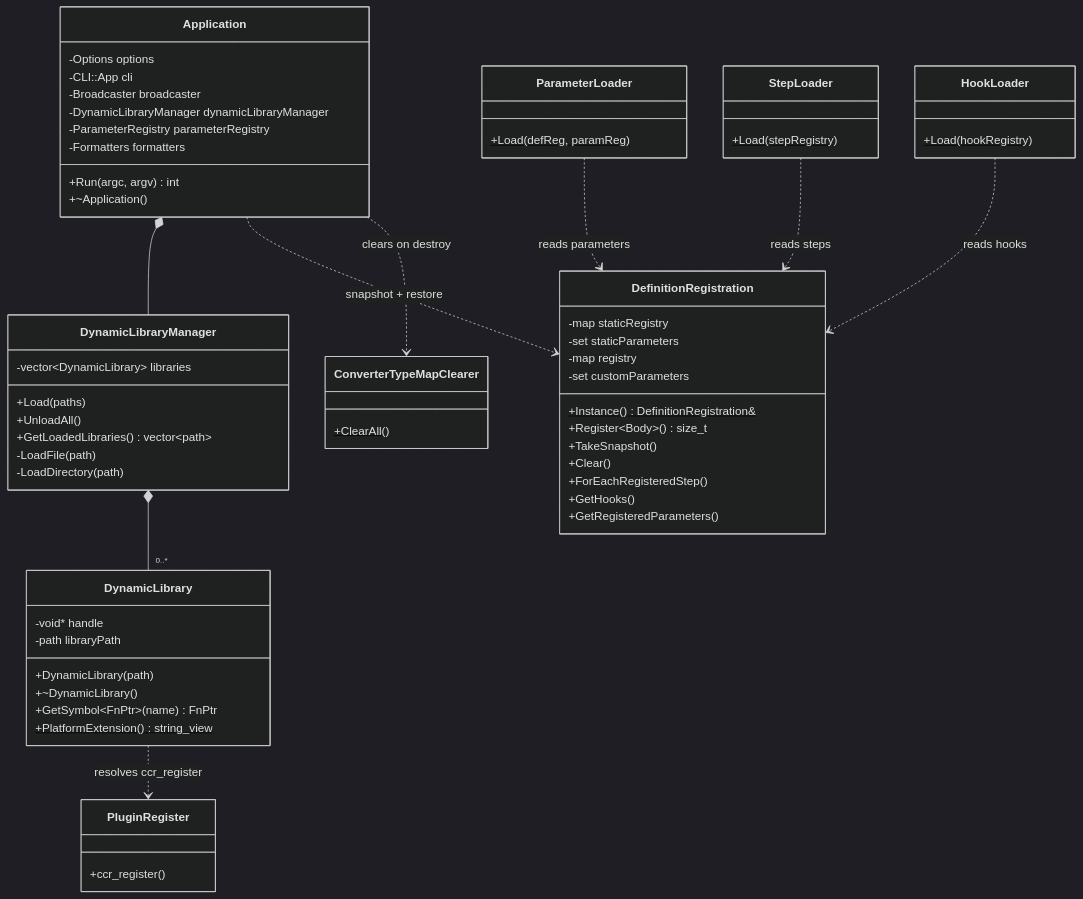
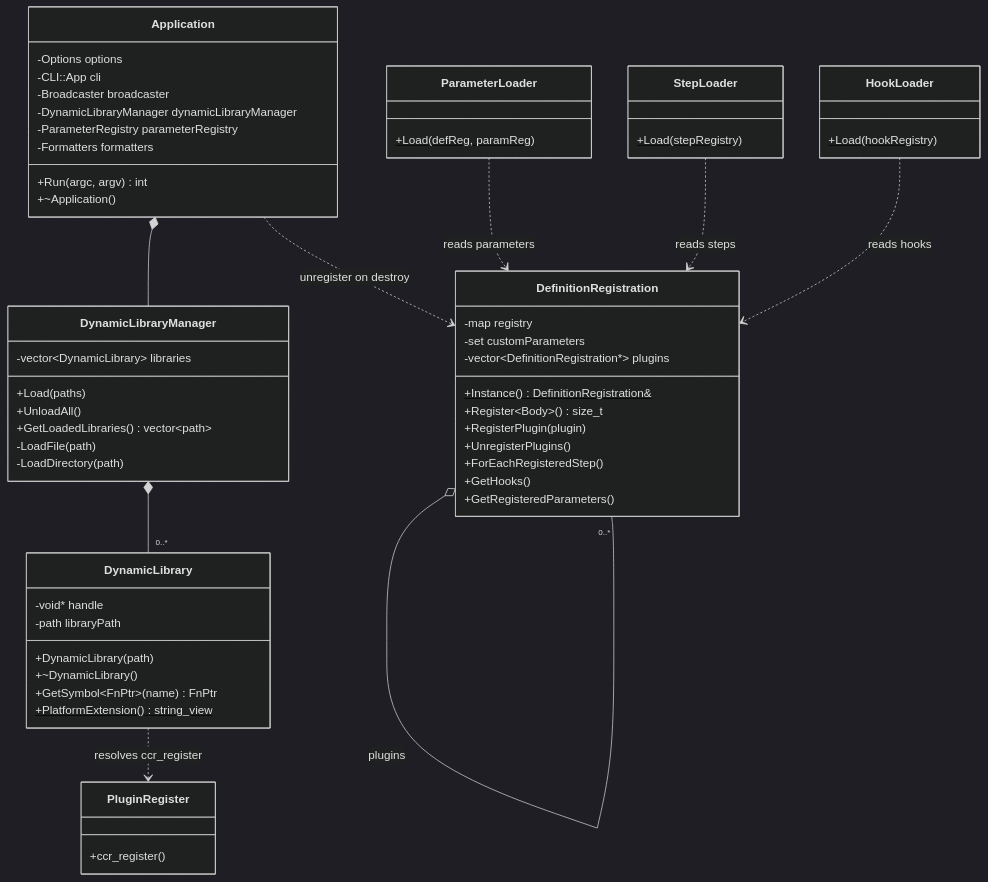
Before and after one commit to philips-software/amp-cucumber-cpp-runner: the first of 5 diagrams in cucumber_cpp/library/plugin/PLUGIN_ARCHITECTURE.md, drawn with Mermaid (dark theme). The commit also changed other lines of this file and 12 other files, not shown here.

Commit message:
chain plugin registration for windows instead

````diff
--- a/cucumber_cpp/library/plugin/PLUGIN_ARCHITECTURE.md
+++ b/cucumber_cpp/library/plugin/PLUGIN_ARCHITECTURE.md
@@ -30,74 +31,69 @@
 ```mermaid
 classDiagram
     class Application {
         -Options options
         -CLI::App cli
         -Broadcaster broadcaster
         -DynamicLibraryManager dynamicLibraryManager
         -ParameterRegistry parameterRegistry
         -Formatters formatters
         +Run(argc, argv) int
         +~Application()
     }
 
     class DynamicLibraryManager {
         -vector~DynamicLibrary~ libraries
         +Load(paths)
         +UnloadAll()
         +GetLoadedLibraries() vector~path~
         -LoadFile(path)
         -LoadDirectory(path)
     }
 
     class DynamicLibrary {
         -void* handle
         -path libraryPath
         +DynamicLibrary(path)
         +~DynamicLibrary()
         +GetSymbol~FnPtr~(name) FnPtr
         +PlatformExtension()$ string_view
     }
 
     class DefinitionRegistration {
-        -map staticRegistry
-        -set staticParameters
         -map registry
         -set customParameters
+        -vector~DefinitionRegistration*~ plugins
         +Instance()$ DefinitionRegistration&
         +Register~Body~() size_t
-        +TakeSnapshot()
-        +Clear()
+        +RegisterPlugin(plugin)
+        +UnregisterPlugins()
         +ForEachRegisteredStep()
         +GetHooks()
         +GetRegisteredParameters()
     }
 
     class ParameterLoader {
         +Load(defReg, paramReg)$
     }
 
     class StepLoader {
         +Load(stepRegistry)$
     }
 
     class HookLoader {
         +Load(hookRegistry)$
     }
 
     class PluginRegister {
         +ccr_register()
     }
 
-    class ConverterTypeMapClearer {
-        +ClearAll()$
-    }
-
     Application *-- DynamicLibraryManager
     DynamicLibraryManager *-- "0..*" DynamicLibrary
     DynamicLibrary ..> PluginRegister : resolves ccr_register
-    Application ..> DefinitionRegistration : snapshot + restore
-    Application ..> ConverterTypeMapClearer : clears on destroy
+    Application ..> DefinitionRegistration : unregister on destroy
+    DefinitionRegistration o-- "0..*" DefinitionRegistration : plugins
     ParameterLoader ..> DefinitionRegistration : reads parameters
     StepLoader ..> DefinitionRegistration : reads steps
     HookLoader ..> DefinitionRegistration : reads hooks
 ```
````
